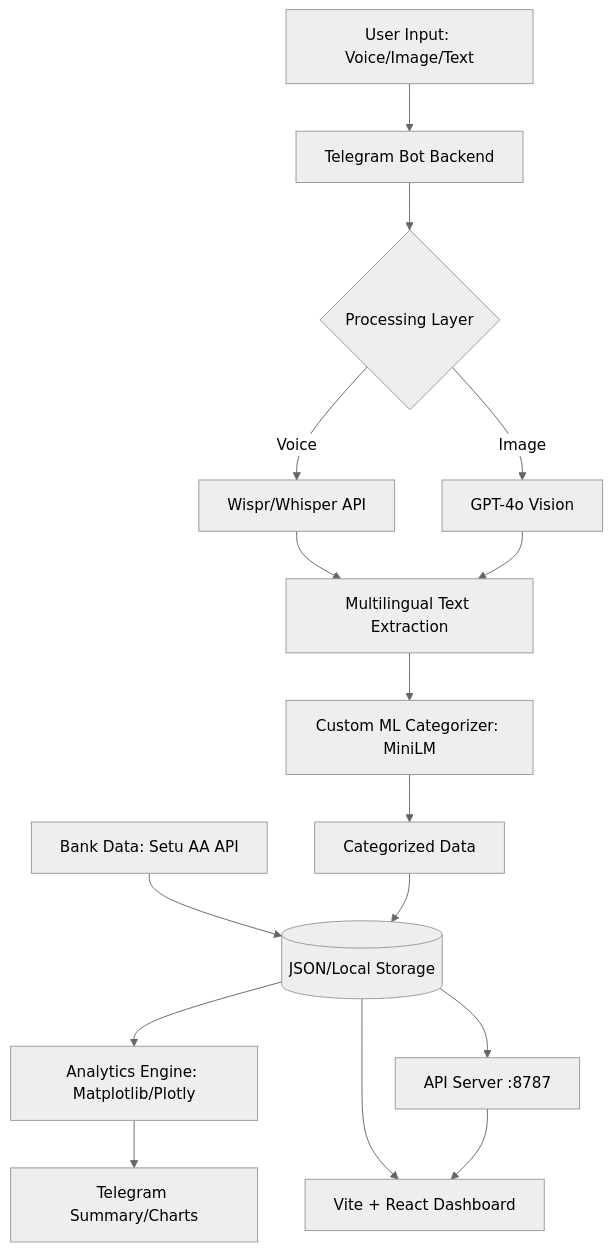
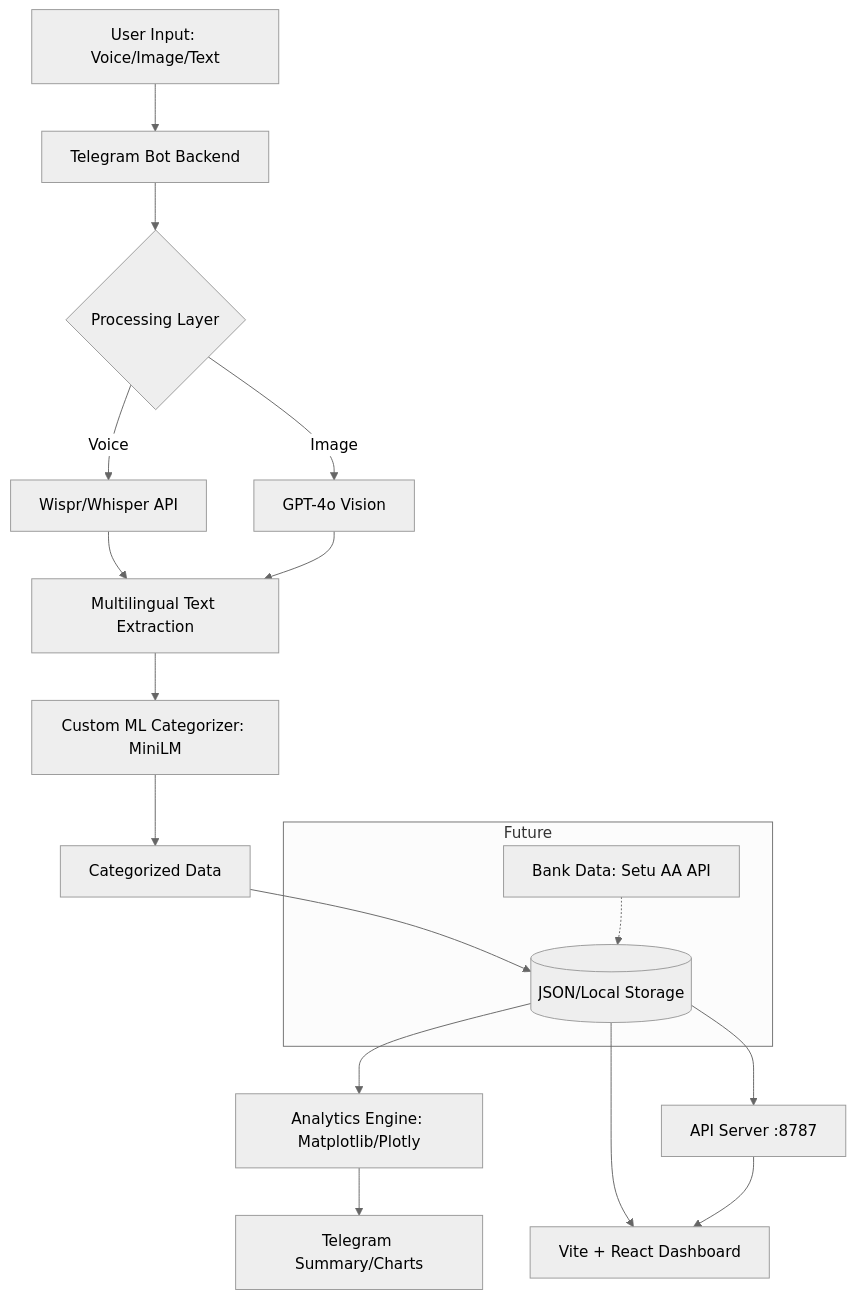
Before and after one commit to VectorFlow-vvce/Track1_Requiem: the diagram in README.md, drawn with Mermaid (neutral theme). The commit also changed other lines of this file, not shown here.

````diff
--- a/README.md
+++ b/README.md
@@ -89,18 +64,21 @@
 ```mermaid
 graph TD
     A[User Input: Voice/Image/Text] --> B[Telegram Bot Backend]
-    P[Bank Data: Setu AA API] --> I
     B --> C{Processing Layer}
     C -->|Voice| D[Wispr/Whisper API]
     C -->|Image| E[GPT-4o Vision]
     D --> F[Multilingual Text Extraction]
     E --> F
     F --> G[Custom ML Categorizer: MiniLM]
     G --> H[Categorized Data]
     H --> I[(JSON/Local Storage)]
     I --> J[Analytics Engine: Matplotlib/Plotly]
     J --> K[Telegram Summary/Charts]
     I --> L[Vite + React Dashboard]
     I --> M[API Server :8787]
     M --> L
+    
+    subgraph Future
+    P[Bank Data: Setu AA API] -.-> I
+    end
 ```
````
